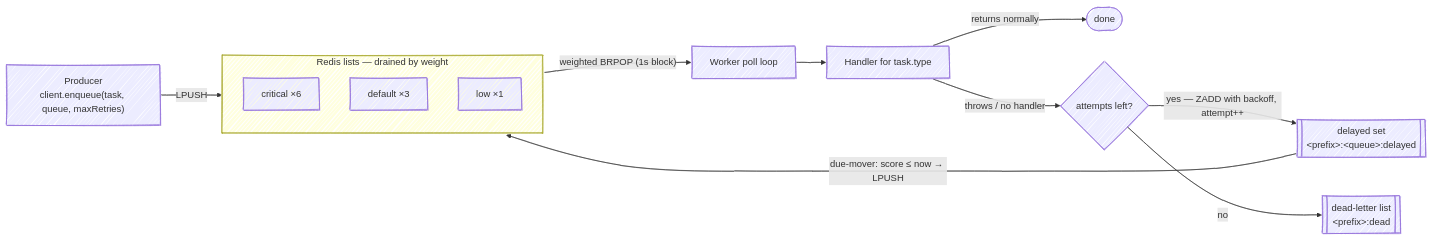
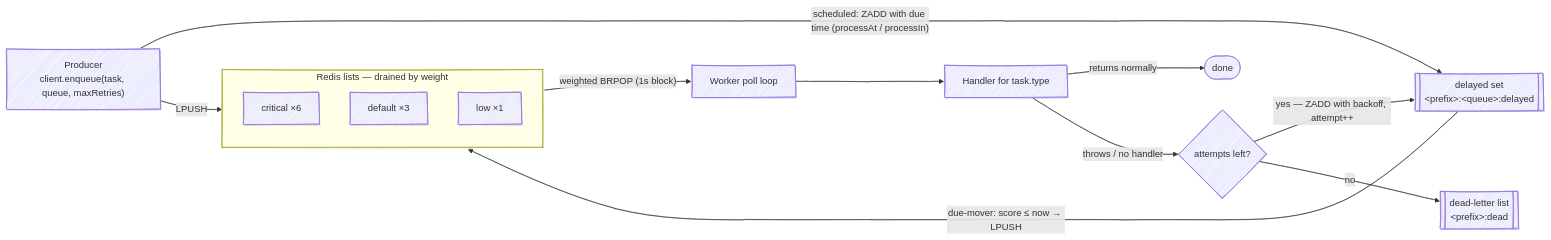
The first of 2 diagrams in README.md (Yusufihsangorgel/redis_task_queue), drawn with Mermaid before and after one commit. The commit also changed other lines of this file and 9 other files, not shown here.

Commit message:
Add scheduled tasks: enqueue with processAt or processIn to delay execution

````diff
--- a/README.md
+++ b/README.md
@@ -16,21 +16,22 @@
 ```mermaid
 ---
 config:
   look: handDrawn
 ---
 flowchart LR
     P["Producer<br/>client.enqueue(task, queue, maxRetries)"] -->|LPUSH| Q
+    P -->|"scheduled: ZADD with due time (processAt / processIn)"| Z
     subgraph Q["Redis lists — drained by weight"]
       direction TB
       C["critical &times;6"]
       D["default &times;3"]
       L["low &times;1"]
     end
     Q -->|"weighted BRPOP (1s block)"| W["Worker poll loop"]
     W --> H["Handler for task.type"]
     H -->|returns normally| DONE(["done"])
     H -->|throws / no handler| R{"attempts left?"}
     R -->|"yes — ZADD with backoff, attempt++"| Z[["delayed set<br/>&lt;prefix&gt;:&lt;queue&gt;:delayed"]]
     Z -->|"due-mover: score &le; now &rarr; LPUSH"| Q
     R -->|no| DL[["dead-letter list<br/>&lt;prefix&gt;:dead"]]
 ```
````
